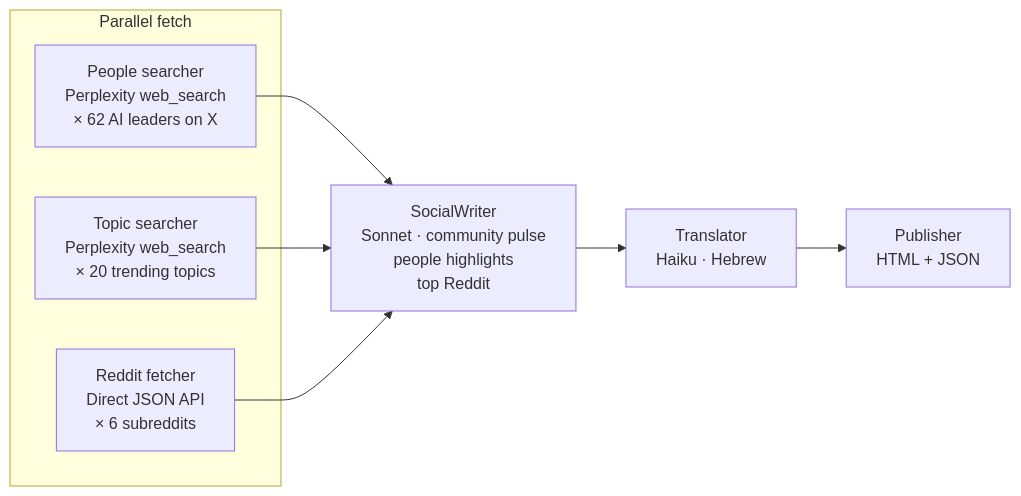
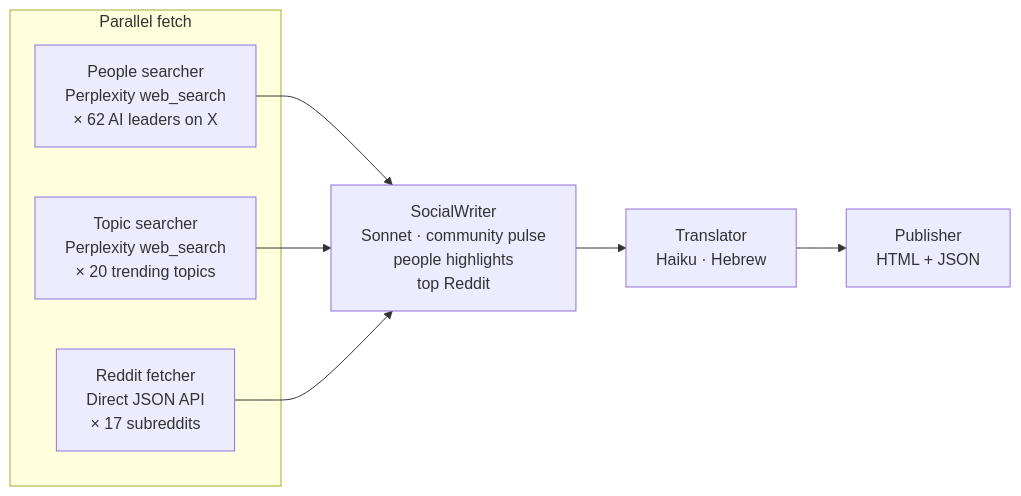
Before and after one commit to kobyal/ai-news-briefing: the seventh of 8 diagrams in README.md, drawn with Mermaid. The commit also changed other lines of this file, not shown here.

Commit message:
docs(readme): update social agent stats and schema (17 subreddits, new Hebrew/trending schemas)

````diff
--- a/README.md
+++ b/README.md
@@ -227,12 +227,12 @@
 ```mermaid
 flowchart LR
     subgraph fetch["Parallel fetch"]
         P["People searcher\nPerplexity web_search\n× 62 AI leaders on X"]
         T["Topic searcher\nPerplexity web_search\n× 20 trending topics"]
-        R["Reddit fetcher\nDirect JSON API\n× 6 subreddits"]
+        R["Reddit fetcher\nDirect JSON API\n× 17 subreddits"]
     end
     P & T & R -->
     BW["SocialWriter\nSonnet · community pulse\npeople highlights\ntop Reddit"] -->
     TR["Translator\nHaiku · Hebrew"] -->
     PB["Publisher\nHTML + JSON"]
 ```
````
